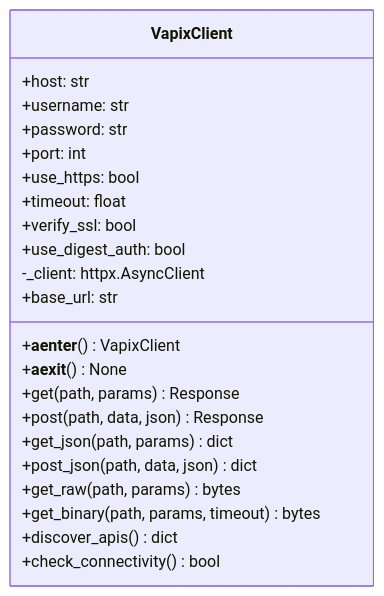
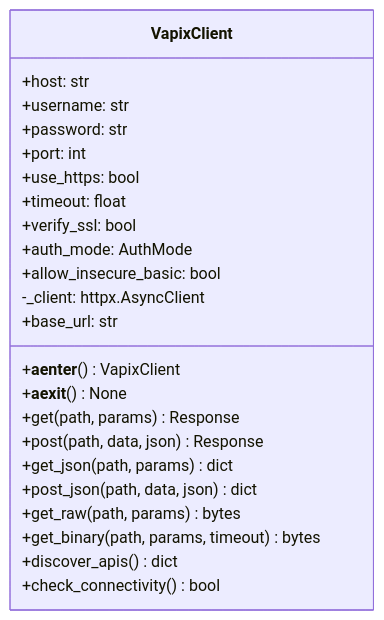
The second of 29 diagrams in docs/architecture.md (NetDevAutomate/axiscam), drawn with Mermaid before and after one commit. The commit also changed other lines of this file and 27 other files, not shown here.

````diff
--- a/docs/architecture.md
+++ b/docs/architecture.md
@@ -145,25 +145,26 @@
 ```mermaid
 classDiagram
     class VapixClient {
         +host: str
         +username: str
         +password: str
         +port: int
         +use_https: bool
         +timeout: float
         +verify_ssl: bool
-        +use_digest_auth: bool
+        +auth_mode: AuthMode
+        +allow_insecure_basic: bool
         -_client: httpx.AsyncClient
         +base_url: str
         +__aenter__() VapixClient
         +__aexit__() None
         +get(path, params) Response
         +post(path, data, json) Response
         +get_json(path, params) dict
         +post_json(path, data, json) dict
         +get_raw(path, params) bytes
         +get_binary(path, params, timeout) bytes
         +discover_apis() dict
         +check_connectivity() bool
     }
 ```
````
